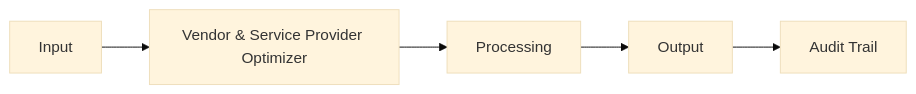
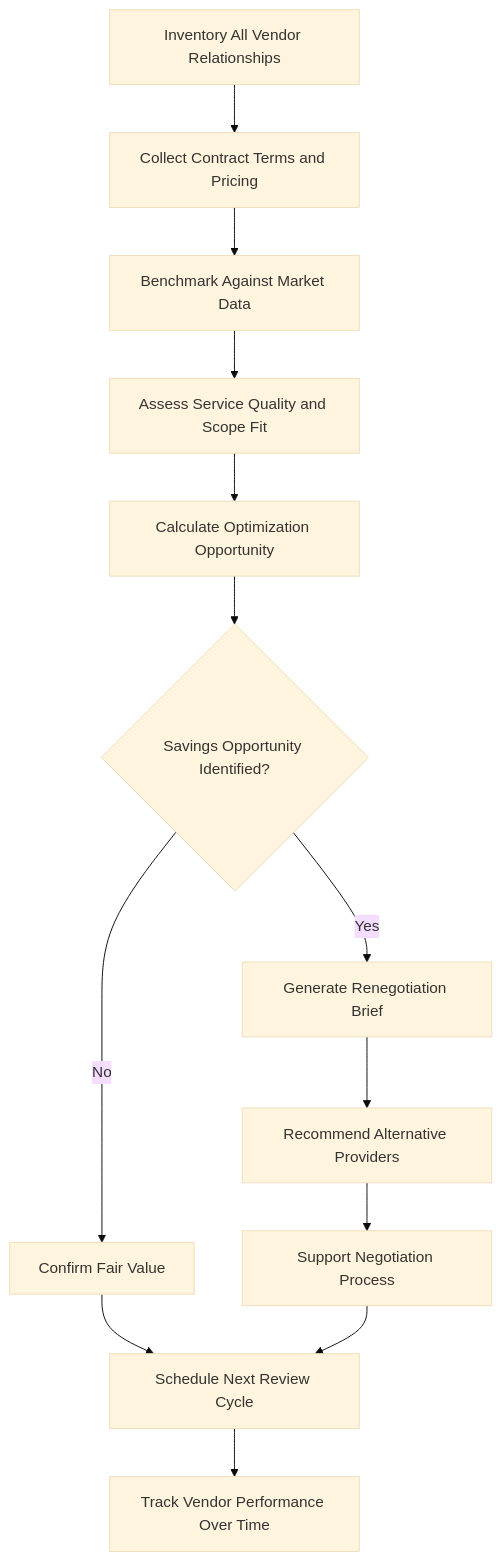
One commit to andrew-leo-2024/marketplace-docs changed the diagram in docs/audiences/06-family-offices/vendor-service-provider-optimizer.mdx. Above: the diagram before and after it, drawn with Mermaid (base theme). The commit also changed other lines of this file and 401 other files, not shown here.

````diff
--- a/docs/audiences/06-family-offices/vendor-service-provider-optimizer.mdx
+++ b/docs/audiences/06-family-offices/vendor-service-provider-optimizer.mdx
@@ -29,7 +35,15 @@
 ```mermaid
-graph LR
-    A[Input] --> B[Vendor & Service Provider Optimizer]
-    B --> C[Processing]
-    C --> D[Output]
-    D --> E[Audit Trail]
+graph TD
+    A[Inventory All Vendor Relationships] --> B[Collect Contract Terms and Pricing]
+    B --> C[Benchmark Against Market Data]
+    C --> D[Assess Service Quality and Scope Fit]
+    D --> E[Calculate Optimization Opportunity]
+    E --> F{Savings Opportunity Identified?}
+    F -->|Yes| G[Generate Renegotiation Brief]
+    F -->|No| H[Confirm Fair Value]
+    G --> I[Recommend Alternative Providers]
+    H --> J[Schedule Next Review Cycle]
+    I --> K[Support Negotiation Process]
+    K --> J
+    J --> L[Track Vendor Performance Over Time]
 ```
````
